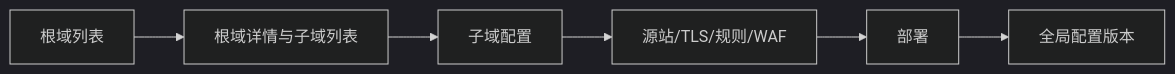
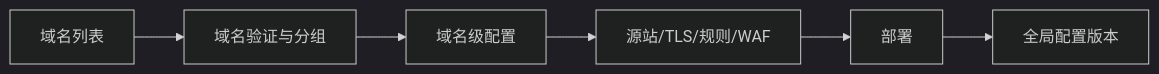
Before and after one commit to diyanqi/infedge: the diagram in docs/design/ordinary-user-domain-console.md, drawn with Mermaid (dark theme). The commit also changed other lines of this file and 60 other files, not shown here.

````diff
--- a/docs/design/ordinary-user-domain-console.md
+++ b/docs/design/ordinary-user-domain-console.md
@@ -5,8 +5,8 @@
 ```mermaid
 flowchart LR
-  A[根域列表] --> B[根域详情与子域列表]
-  B --> C[子域配置]
+  A[域名列表] --> B[域名验证与分组]
+  B --> C[域名级配置]
   C --> D[源站/TLS/规则/WAF]
   D --> E[部署]
   E --> F[全局配置版本]
 ```
````
